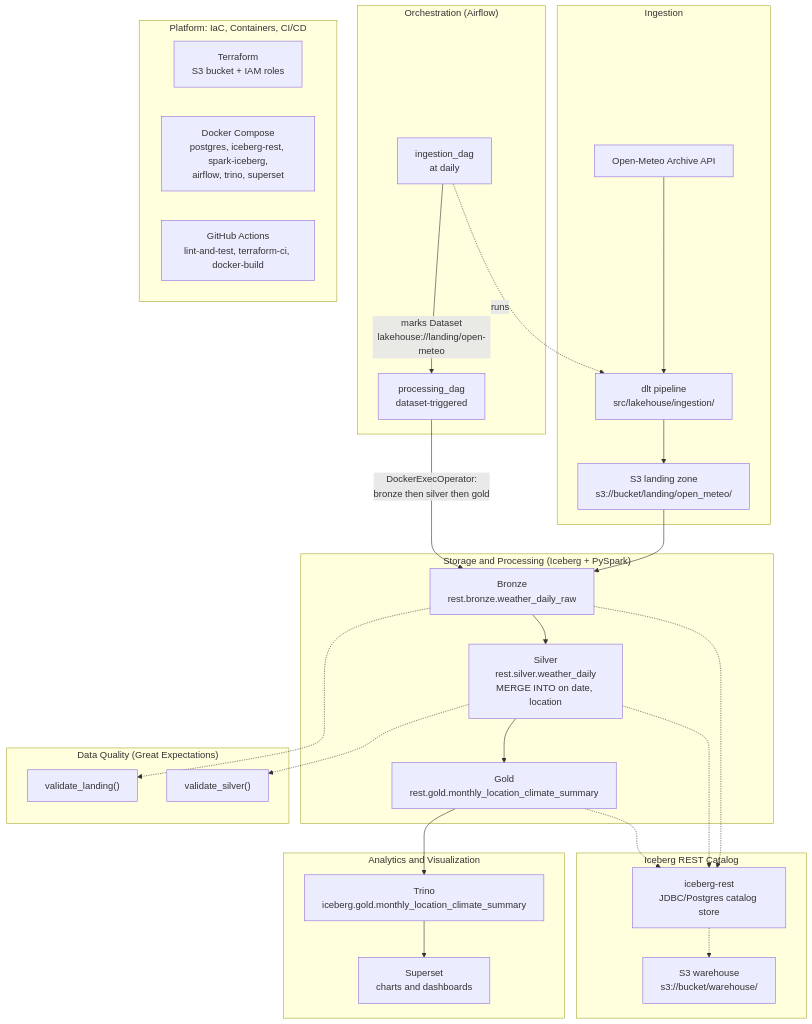
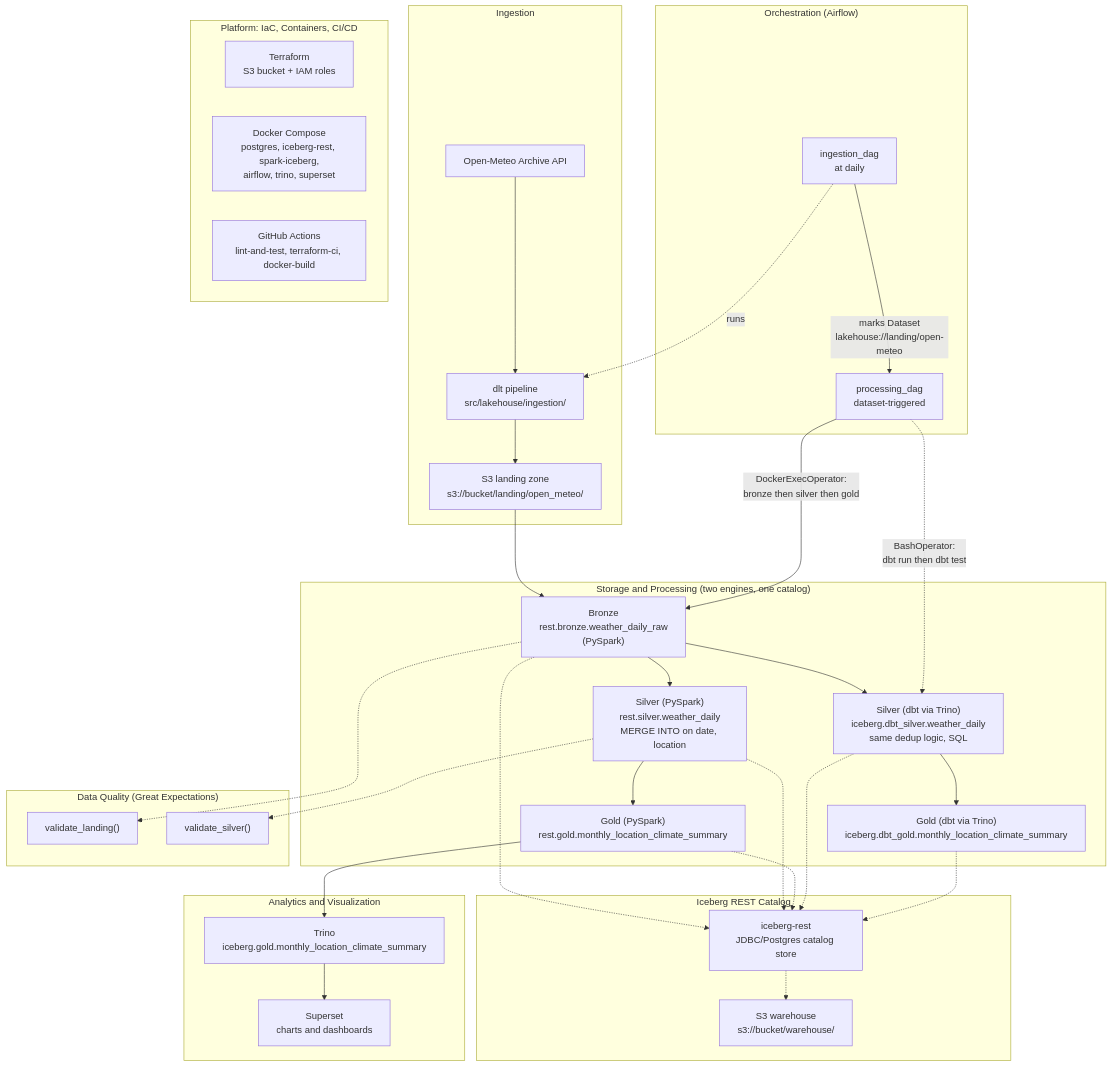
Before and after one commit to nitbaba/lakehouse-data-pipeline: the diagram in docs/architecture.md, drawn with Mermaid. The commit also changed other lines of this file and 15 other files, not shown here.

First line of the commit message:
Add dbt (via Trino) as a second Silver/Gold transformation path (#13)

````diff
--- a/docs/architecture.md
+++ b/docs/architecture.md
@@ -7,46 +7,51 @@
 ```mermaid
 flowchart TD
     subgraph Ingestion
         API["Open-Meteo Archive API"] --> DLT["dlt pipeline<br/>src/lakehouse/ingestion/"]
         DLT --> LANDING["S3 landing zone<br/>s3://bucket/landing/open_meteo/"]
     end
 
-    subgraph Processing["Storage and Processing (Iceberg + PySpark)"]
-        LANDING --> BRONZE["Bronze<br/>rest.bronze.weather_daily_raw"]
-        BRONZE --> SILVER["Silver<br/>rest.silver.weather_daily<br/>MERGE INTO on date, location"]
-        SILVER --> GOLD["Gold<br/>rest.gold.monthly_location_climate_summary"]
+    subgraph Processing["Storage and Processing (two engines, one catalog)"]
+        LANDING --> BRONZE["Bronze<br/>rest.bronze.weather_daily_raw<br/>(PySpark)"]
+        BRONZE --> SILVER["Silver (PySpark)<br/>rest.silver.weather_daily<br/>MERGE INTO on date, location"]
+        SILVER --> GOLD["Gold (PySpark)<br/>rest.gold.monthly_location_climate_summary"]
+        BRONZE --> DBT_SILVER["Silver (dbt via Trino)<br/>iceberg.dbt_silver.weather_daily<br/>same dedup logic, SQL"]
+        DBT_SILVER --> DBT_GOLD["Gold (dbt via Trino)<br/>iceberg.dbt_gold.monthly_location_climate_summary"]
     end
 
     subgraph Quality["Data Quality (Great Expectations)"]
         BRONZE -.-> GE1["validate_landing()"]
         SILVER -.-> GE2["validate_silver()"]
     end
 
     subgraph Catalog["Iceberg REST Catalog"]
         REST["iceberg-rest<br/>JDBC/Postgres catalog store"]
         S3W["S3 warehouse<br/>s3://bucket/warehouse/"]
     end
 
     BRONZE -.-> REST
     SILVER -.-> REST
     GOLD -.-> REST
+    DBT_SILVER -.-> REST
+    DBT_GOLD -.-> REST
     REST -.-> S3W
 
     subgraph Orchestration["Orchestration (Airflow)"]
         ING_DAG["ingestion_dag<br/>at daily"] -->|"marks Dataset<br/>lakehouse://landing/open-meteo"| PROC_DAG["processing_dag<br/>dataset-triggered"]
         PROC_DAG -->|"DockerExecOperator:<br/>bronze then silver then gold"| BRONZE
+        PROC_DAG -.->|"BashOperator:<br/>dbt run then dbt test"| DBT_SILVER
     end
 
     ING_DAG -.->|"runs"| DLT
 
     subgraph Analytics["Analytics and Visualization"]
         GOLD --> TRINO["Trino<br/>iceberg.gold.monthly_location_climate_summary"]
         TRINO --> SUPERSET["Superset<br/>charts and dashboards"]
     end
 
     subgraph Platform["Platform: IaC, Containers, CI/CD"]
         TF["Terraform<br/>S3 bucket + IAM roles"]
         COMPOSE["Docker Compose<br/>postgres, iceberg-rest, spark-iceberg,<br/>airflow, trino, superset"]
         CI["GitHub Actions<br/>lint-and-test, terraform-ci, docker-build"]
     end
 ```
````
